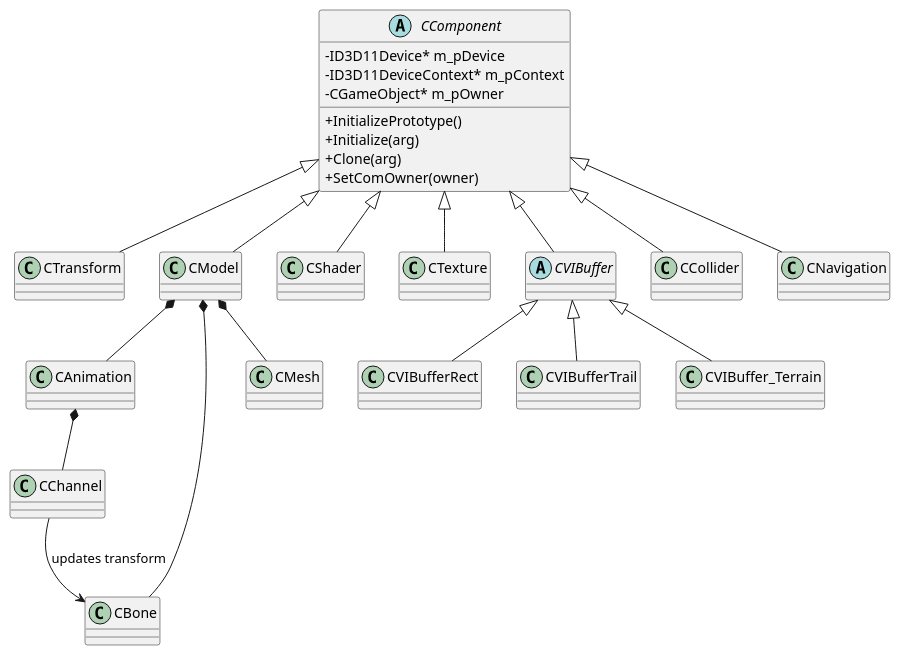
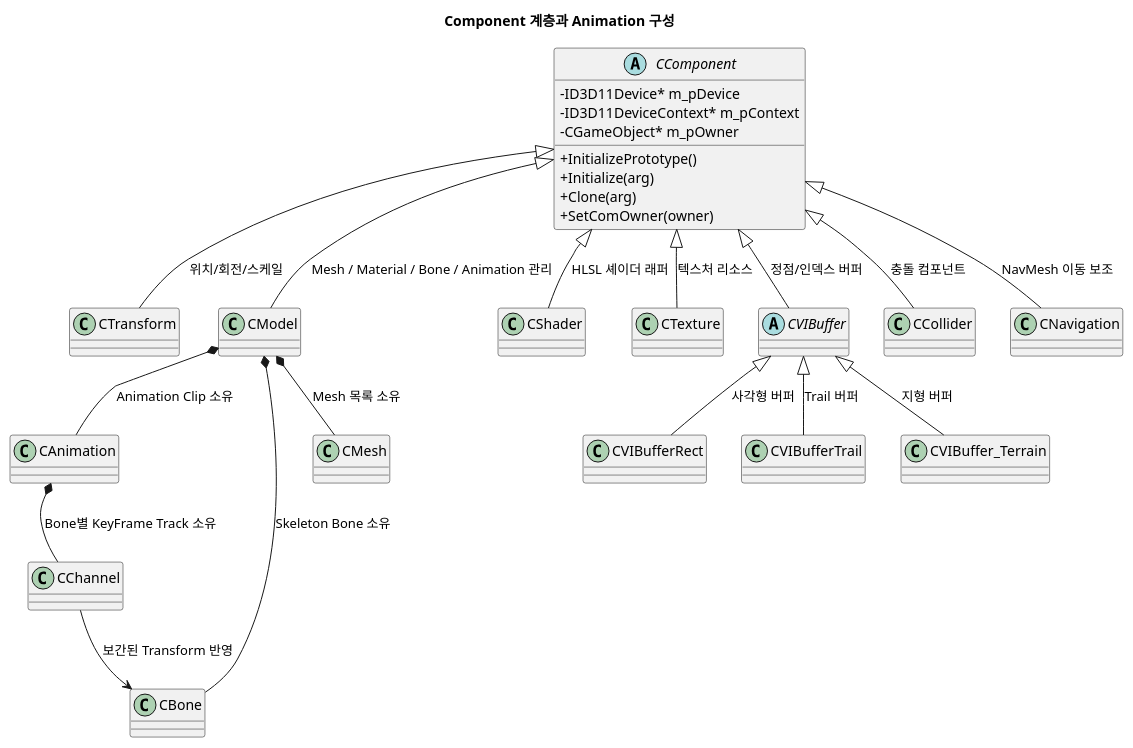
One commit to starkshn/md-docs changed the diagram in projects/common-engine-dll/uml/ComponentStructure.puml. Above: the diagram before and after it, drawn with PlantUML. The commit also changed 24 other files, not shown here.

Commit message:
docs: localize PlantUML labels to Korean

```diff
--- a/projects/common-engine-dll/uml/ComponentStructure.puml
+++ b/projects/common-engine-dll/uml/ComponentStructure.puml
@@ -1,42 +1,45 @@
 @startuml
 skinparam classAttributeIconSize 0
+
+title Component 계층과 Animation 구성
+
 abstract class CComponent {
   -ID3D11Device* m_pDevice
   -ID3D11DeviceContext* m_pContext
   -CGameObject* m_pOwner
   +InitializePrototype()
   +Initialize(arg)
   +Clone(arg)
   +SetComOwner(owner)
 }
 class CTransform
 class CModel
 class CShader
 class CTexture
 abstract class CVIBuffer
 class CVIBufferRect
 class CVIBufferTrail
 class CVIBuffer_Terrain
 class CCollider
 class CNavigation
 class CAnimation
 class CChannel
 class CBone
 class CMesh
 
-CComponent <|-- CTransform
-CComponent <|-- CModel
-CComponent <|-- CShader
-CComponent <|-- CTexture
-CComponent <|-- CVIBuffer
-CComponent <|-- CCollider
-CComponent <|-- CNavigation
-CVIBuffer <|-- CVIBufferRect
-CVIBuffer <|-- CVIBufferTrail
-CVIBuffer <|-- CVIBuffer_Terrain
-CModel *-- CMesh
-CModel *-- CBone
-CModel *-- CAnimation
-CAnimation *-- CChannel
-CChannel --> CBone : updates transform
+CComponent <|-- CTransform : 위치/회전/스케일
+CComponent <|-- CModel : Mesh / Material / Bone / Animation 관리
+CComponent <|-- CShader : HLSL 셰이더 래퍼
+CComponent <|-- CTexture : 텍스처 리소스
+CComponent <|-- CVIBuffer : 정점/인덱스 버퍼
+CComponent <|-- CCollider : 충돌 컴포넌트
+CComponent <|-- CNavigation : NavMesh 이동 보조
+CVIBuffer <|-- CVIBufferRect : 사각형 버퍼
+CVIBuffer <|-- CVIBufferTrail : Trail 버퍼
+CVIBuffer <|-- CVIBuffer_Terrain : 지형 버퍼
+CModel *-- CMesh : Mesh 목록 소유
+CModel *-- CBone : Skeleton Bone 소유
+CModel *-- CAnimation : Animation Clip 소유
+CAnimation *-- CChannel : Bone별 KeyFrame Track 소유
+CChannel --> CBone : 보간된 Transform 반영
 @enduml
```
